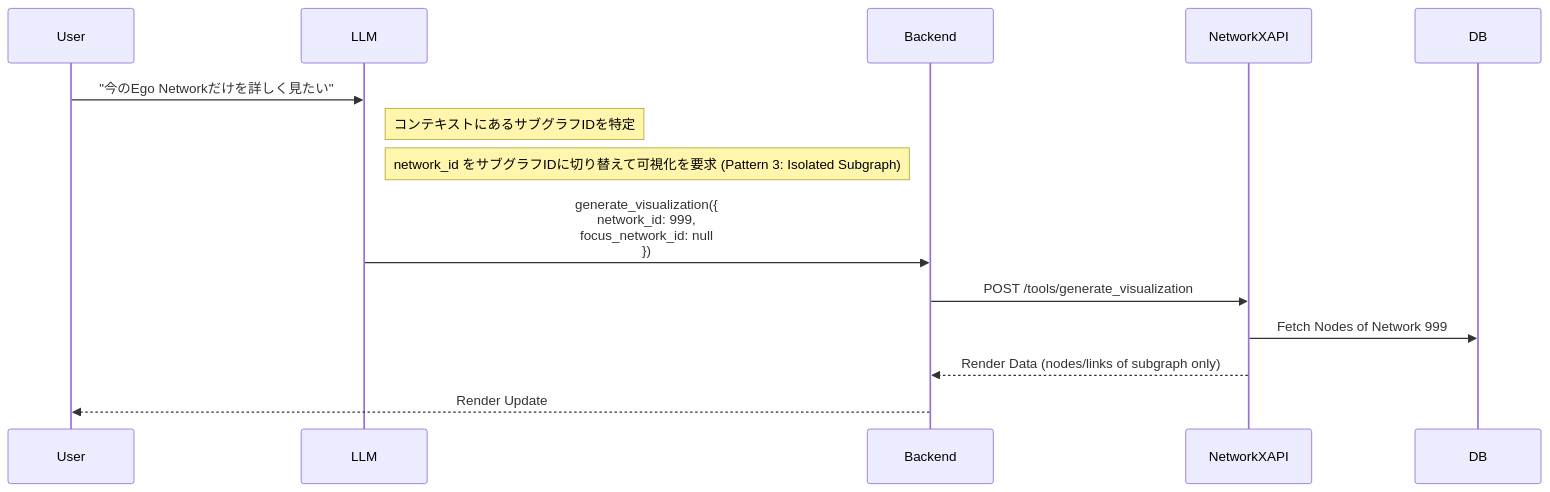
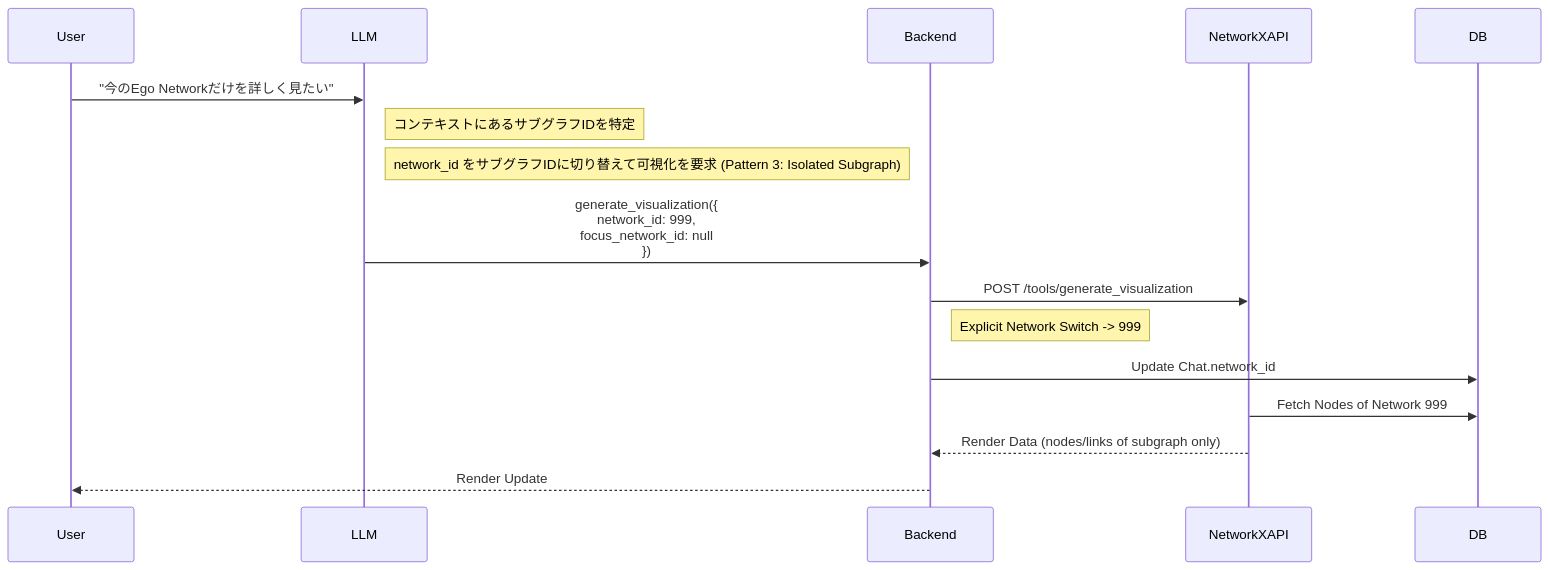
Before and after one commit to vdslab/LLMGraphvis: the eighth of 9 diagrams in specification/2_Technical_Details/6_Core_Workflows.md, drawn with Mermaid. The commit also changed other lines of this file and 1 other file, not shown here.

Commit message:
docs: Update backend and core workflow specifications

````diff
--- a/specification/2_Technical_Details/6_Core_Workflows.md
+++ b/specification/2_Technical_Details/6_Core_Workflows.md
@@ -338,20 +347,23 @@
 ```mermaid
 sequenceDiagram
     participant User
     participant LLM
     participant Backend
     participant NetworkXAPI
     participant DB
 
     User->>LLM: "今のEgo Networkだけを詳しく見たい"
     
     note right of LLM: コンテキストにあるサブグラフIDを特定
     
     note right of LLM: network_id をサブグラフIDに切り替えて可視化を要求 (Pattern 3: Isolated Subgraph)
     LLM->>Backend: generate_visualization({<br/>  network_id: 999, <br/>  focus_network_id: null <br/>})
     Backend->>NetworkXAPI: POST /tools/generate_visualization
     
+    note right of Backend: Explicit Network Switch -> 999
+    Backend->>DB: Update Chat.network_id
+
     NetworkXAPI->>DB: Fetch Nodes of Network 999
     NetworkXAPI-->>Backend: Render Data (nodes/links of subgraph only)
     Backend-->>User: Render Update
 ```
````
